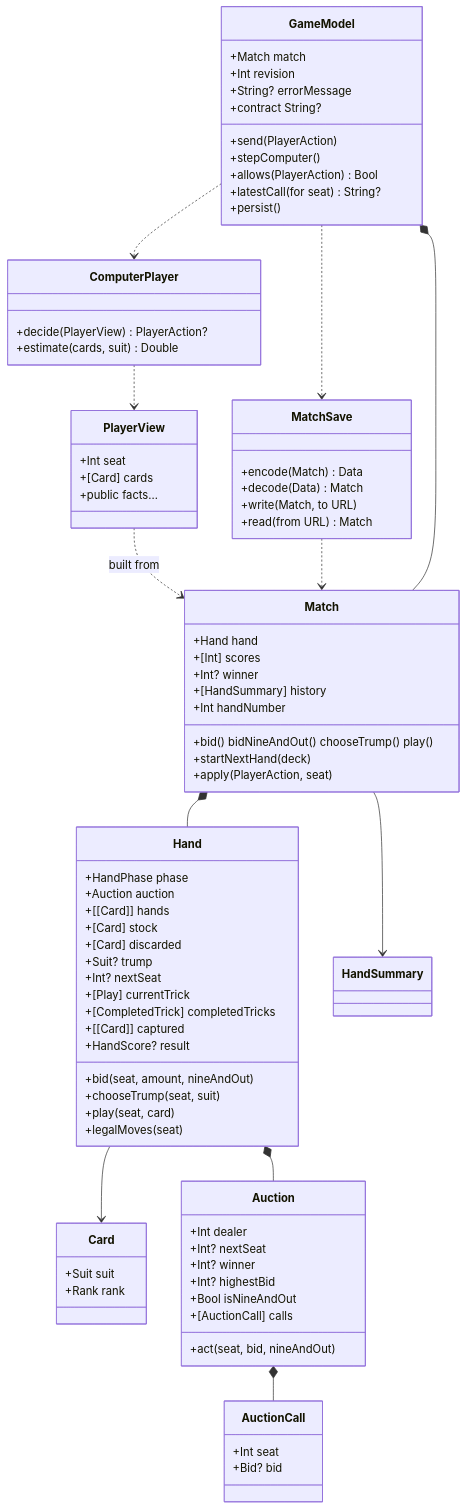
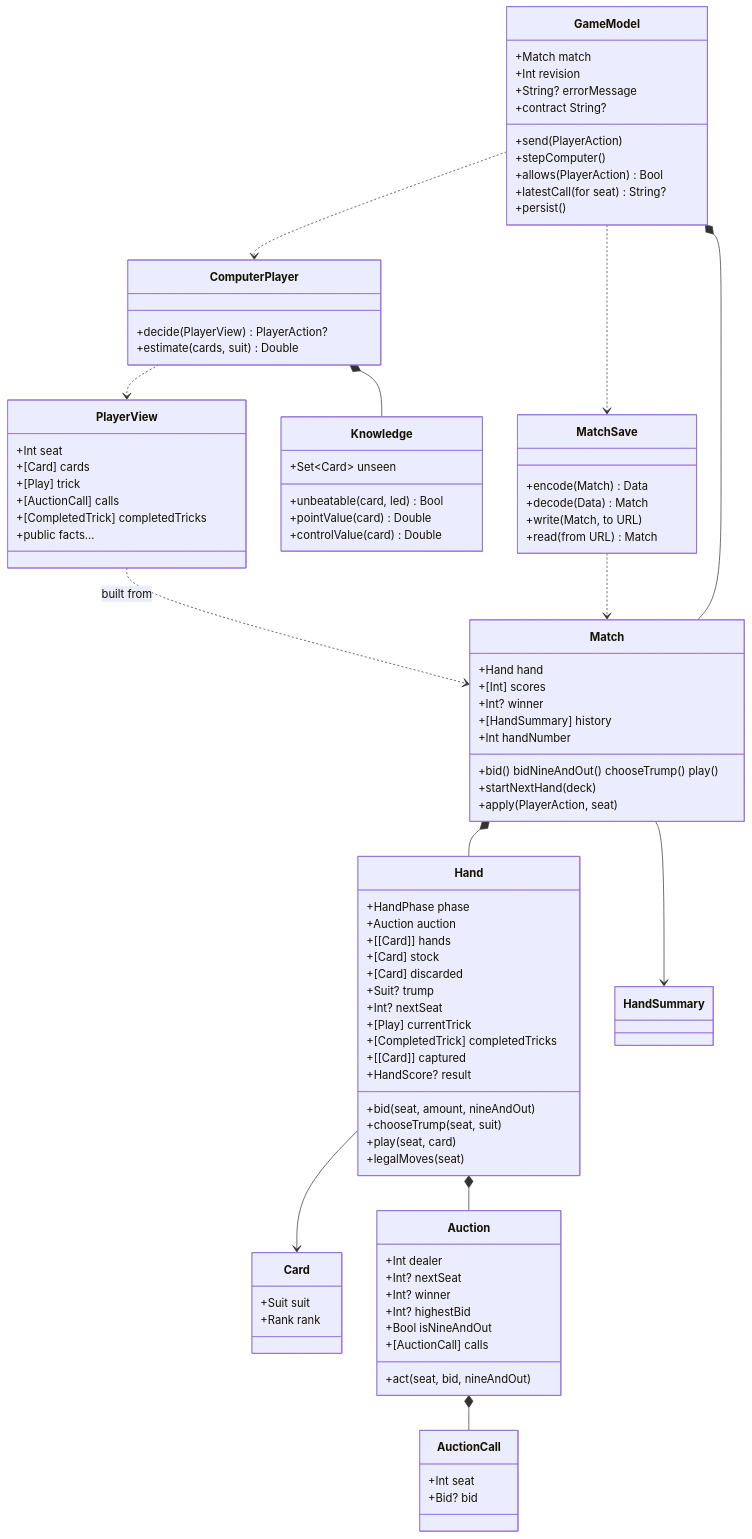
Before and after one commit to cmurphy1140/catch-5: the diagram in docs/types-and-functions.md, drawn with Mermaid. The commit also changed other lines of this file and 6 other files, not shown here.

Commit message:
docs(catch-five): explain trick-memory play and the strategy benchmark

```diff
--- a/docs/types-and-functions.md
+++ b/docs/types-and-functions.md
@@ -53,12 +53,22 @@
     class PlayerView {
         +Int seat
         +[Card] cards
+        +[Play] trick
+        +[AuctionCall] calls
+        +[CompletedTrick] completedTricks
         +public facts…
     }
     class ComputerPlayer {
         +decide(PlayerView) PlayerAction?
         +estimate(cards, suit) Double
     }
+    class Knowledge {
+        +Set~Card~ unseen
+        +unbeatable(card, led) Bool
+        +pointValue(card) Double
+        +controlValue(card) Double
+    }
+    ComputerPlayer *-- Knowledge
     class MatchSave {
         +encode(Match) Data
         +decode(Data) Match
```
